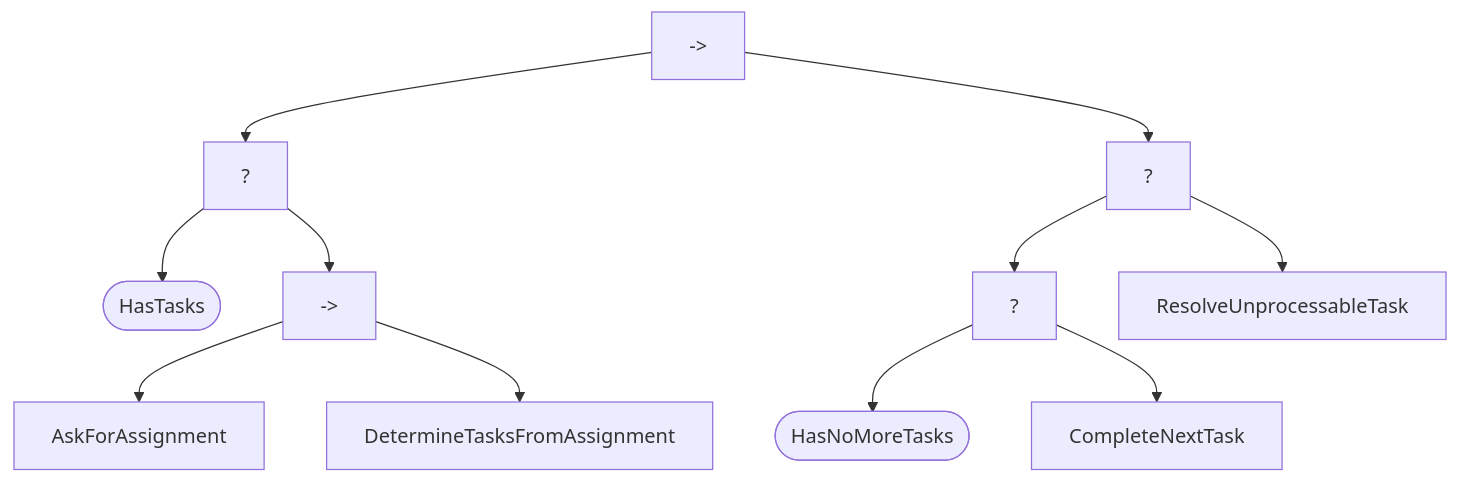
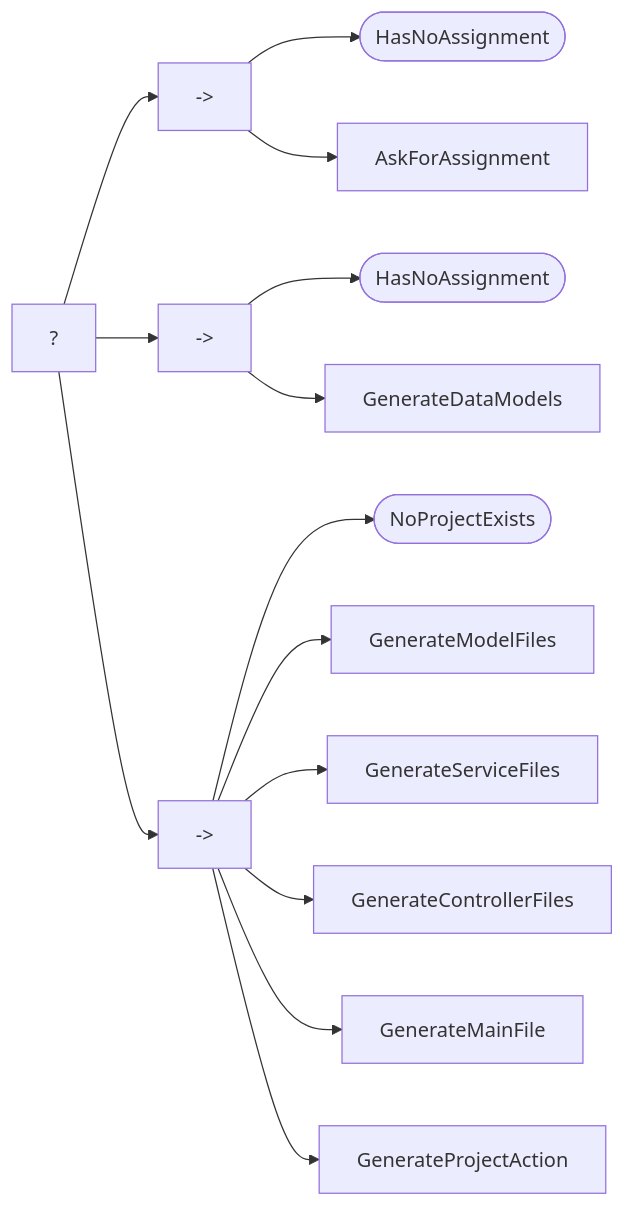
The diagram in README.md (mtfuller/apibutler-experiment), drawn with Mermaid before and after one commit. The commit also changed other lines of this file and 1 other file, not shown here.

````diff
--- a/README.md
+++ b/README.md
@@ -4,20 +70,20 @@
 ```mermaid
-flowchart TD
-    A[->] --> B[?]
+flowchart LR
+    A[?]
+    A --> B[->]
+    A --> C[->]
+    A --> D[->]
    
-    B[?] --> D([HasTasks])
+    B --> E([HasNoAssignment])
+    B --> F[AskForAssignment]
 
-    B --> E[->]
-    E --> F[AskForAssignment]
-    E --> G[DetermineTasksFromAssignment]
+    C --> G([HasNoAssignment])
+    C --> H[GenerateDataModels]
 
-    A --> C[?]
-
-    C --> H[?]
-
-    H --> I([HasNoMoreTasks])
-    H --> J[CompleteNextTask]
-
-    C --> K[ResolveUnprocessableTask]
-
+    D --> I([NoProjectExists])
+    D --> J[GenerateModelFiles]
+    D --> K[GenerateServiceFiles]
+    D --> L[GenerateControllerFiles]
+    D --> M[GenerateMainFile]
+    D --> N[GenerateProjectAction]
 ```
````
